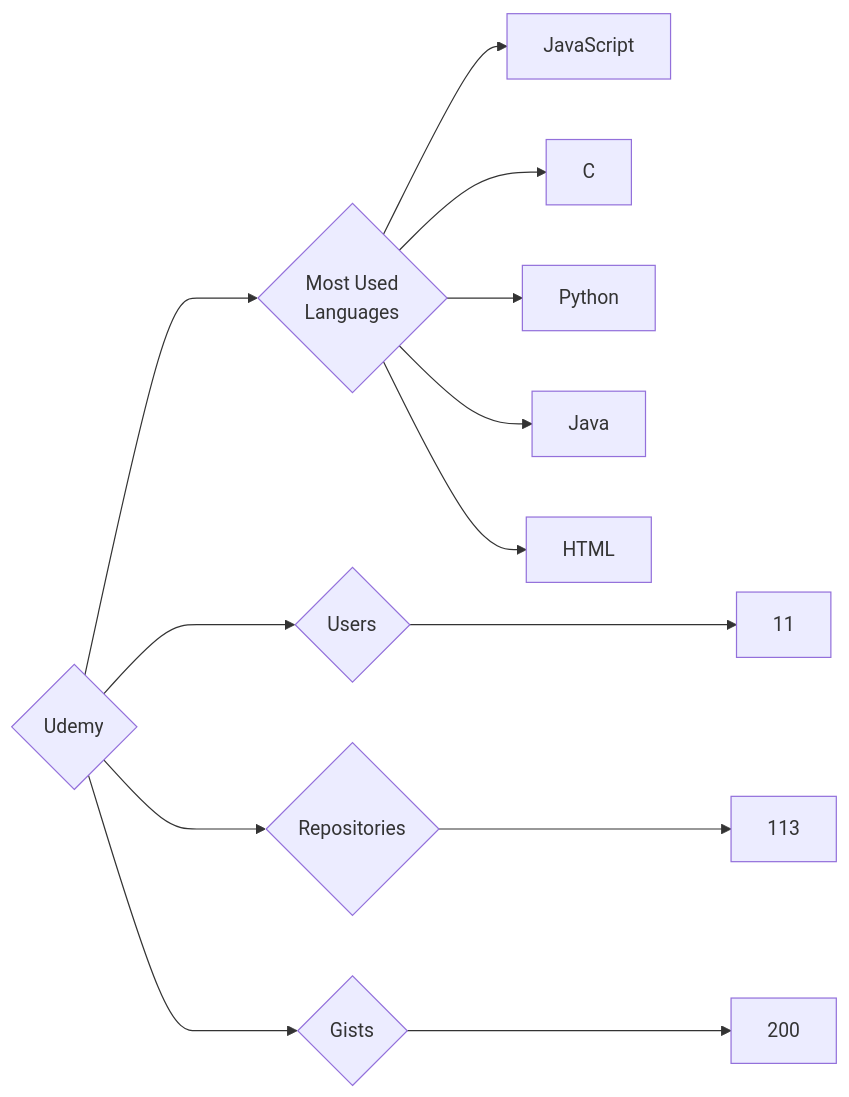
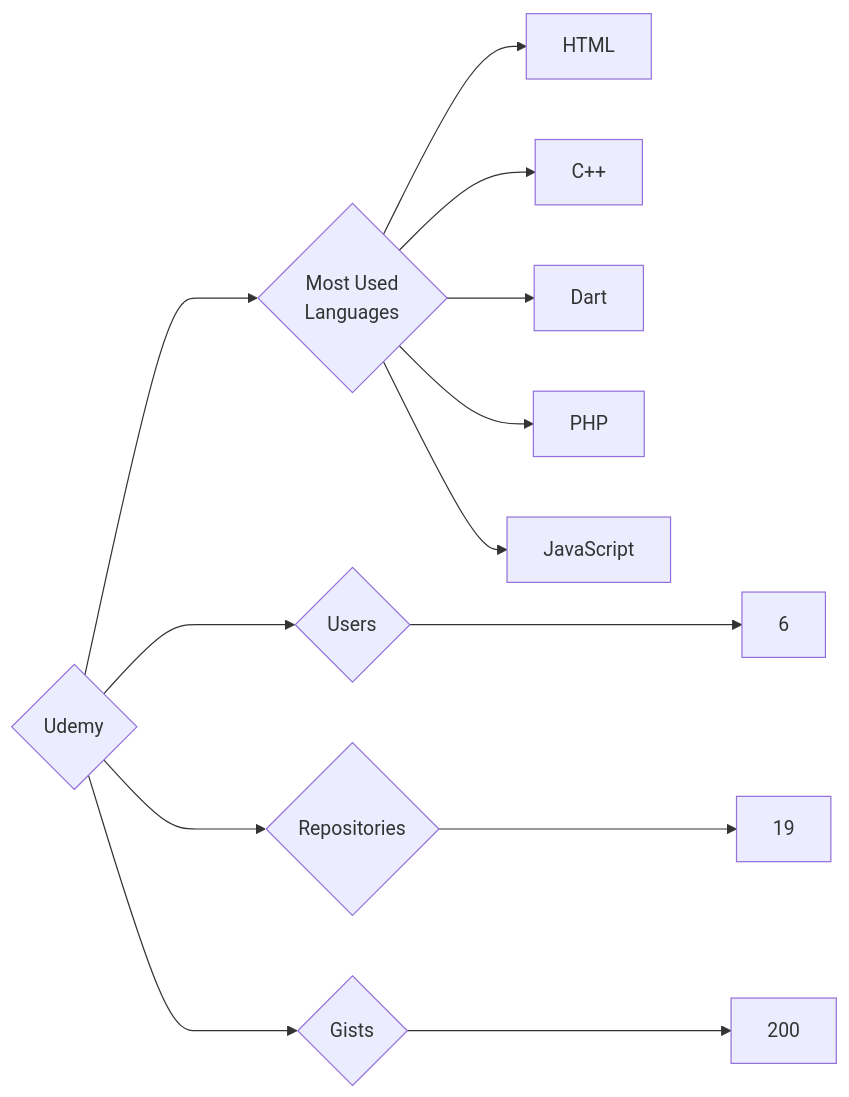
The diagram in targets/Udemy/README.md (trickest/insiders), drawn with Mermaid before and after one commit. The commit also changed 1496 other files, not shown here.

````diff
--- a/targets/Udemy/README.md
+++ b/targets/Udemy/README.md
@@ -3,13 +3,13 @@
 ```mermaid
 graph LR
 COMPANY_NAME{Udemy}
-COMPANY_NAME ---> U{Users} ---> UN[11]
-COMPANY_NAME ---> R{Repositories} ---> RN[113]
+COMPANY_NAME ---> U{Users} ---> UN[6]
+COMPANY_NAME ---> R{Repositories} ---> RN[19]
 COMPANY_NAME ---> G{Gists} ---> GN[200]
 COMPANY_NAME ---> ML{Most Used<br>Languages}
+ML --> HTML[HTML]
+ML --> C++[C++]
+ML --> Dart[Dart]
+ML --> PHP[PHP]
 ML --> JavaScript[JavaScript]
-ML --> C[C]
-ML --> Python[Python]
-ML --> Java[Java]
-ML --> HTML[HTML]
 ```
````
